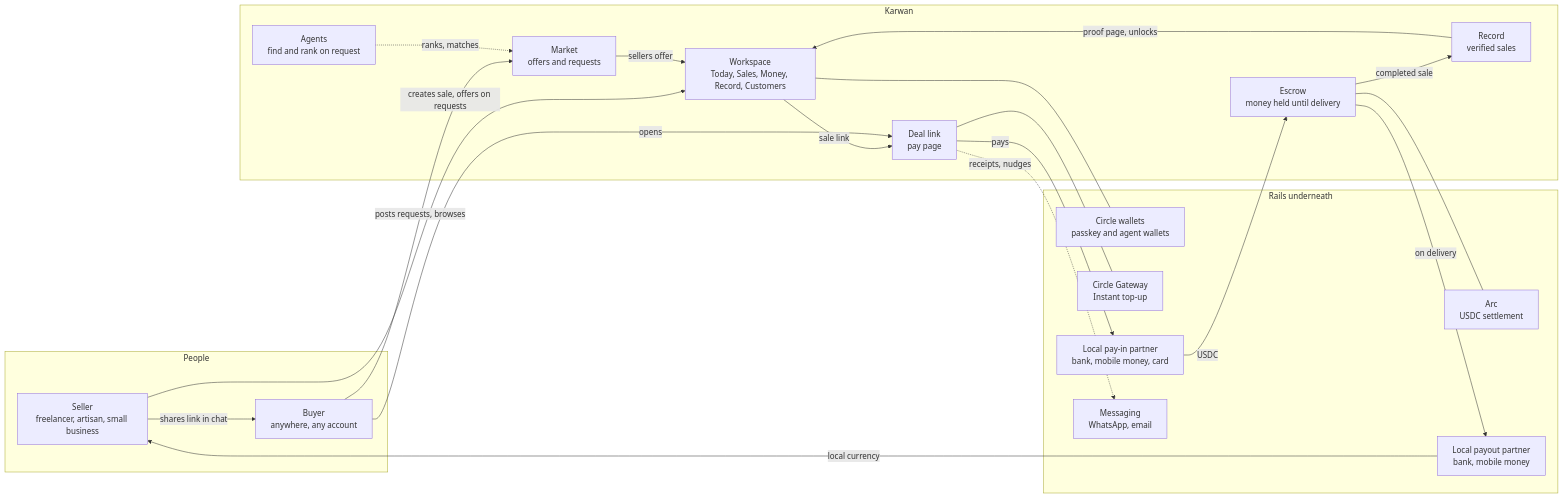
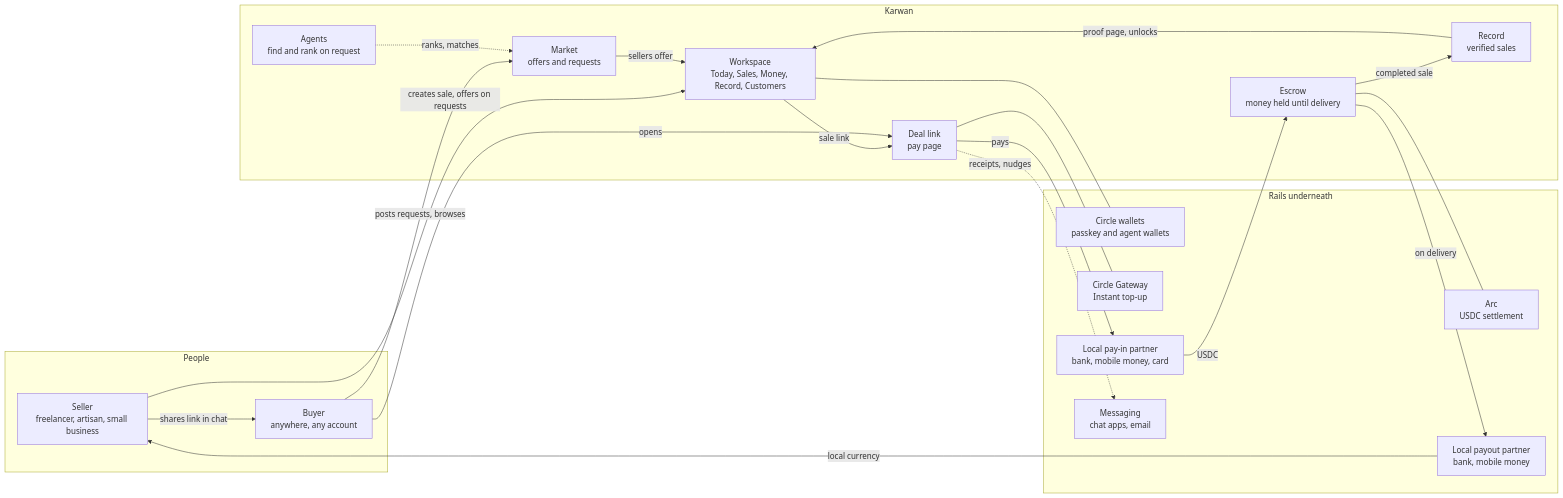
Before and after one commit to Iziedking/Karwan: the first of 2 diagrams in docs/architecture/01-workspace.md, drawn with Mermaid. The commit also changed 9 other files, not shown here.

````diff
--- a/docs/architecture/01-workspace.md
+++ b/docs/architecture/01-workspace.md
@@ -7,43 +7,43 @@
 ```mermaid
 flowchart LR
   subgraph People
     S[Seller<br/>freelancer, artisan, small business]
     B[Buyer<br/>anywhere, any account]
   end
 
   subgraph Karwan
     W[Workspace<br/>Today, Sales, Money, Record, Customers]
     L[Deal link<br/>pay page]
     M[Market<br/>offers and requests]
     E[Escrow<br/>money held until delivery]
     R[Record<br/>verified sales]
     A[Agents<br/>find and rank on request]
   end
 
   subgraph Rails[Rails underneath]
     Arc[Arc<br/>USDC settlement]
     CW[Circle wallets<br/>passkey and agent wallets]
     GW[Circle Gateway<br/>Instant top-up]
     IN[Local pay-in partner<br/>bank, mobile money, card]
     OUT[Local payout partner<br/>bank, mobile money]
-    MSG[Messaging<br/>WhatsApp, email]
+    MSG[Messaging<br/>chat apps, email]
   end
 
   S -- creates sale, offers on requests --> W
   W -- sale link --> L
   S -- shares link in chat --> B
   B -- opens --> L
   B -- posts requests, browses --> M
   M -- sellers offer --> W
   L -- pays --> IN
   IN -- USDC --> E
   E -- on delivery --> OUT
   OUT -- local currency --> S
   E -- completed sale --> R
   R -- proof page, unlocks --> W
   A -. ranks, matches .-> M
   E --- Arc
   W --- CW
   L --- GW
   L -. receipts, nudges .-> MSG
 ```
````
